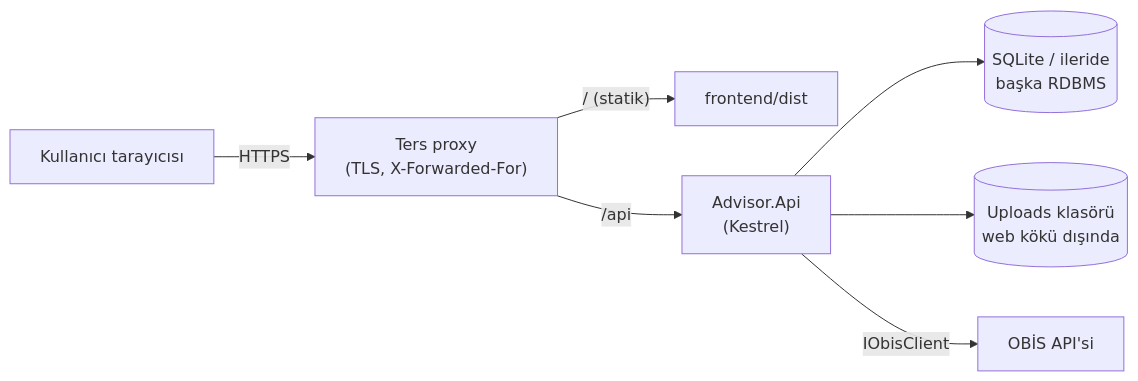
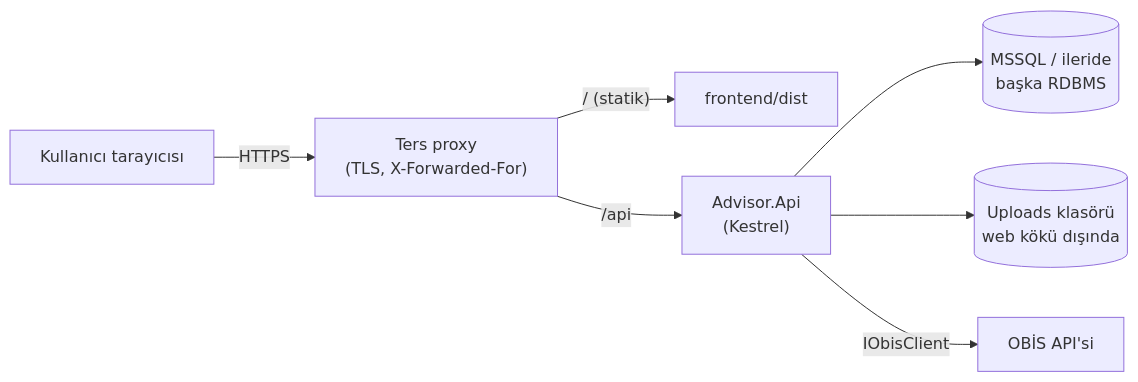
One commit to hmzbskn/ODBS changed the ninth of 9 diagrams in docs/ARCHITECTURE.md. Above: the diagram before and after it, drawn with Mermaid. The commit also changed other lines of this file and 65 other files, not shown here.

````diff
--- a/docs/ARCHITECTURE.md
+++ b/docs/ARCHITECTURE.md
@@ -422,9 +422,9 @@
 ```mermaid
 flowchart LR
     U["Kullanıcı tarayıcısı"] -- HTTPS --> P["Ters proxy<br/>(TLS, X-Forwarded-For)"]
     P -- "/ (statik)" --> S["frontend/dist"]
     P -- "/api" --> A["Advisor.Api<br/>(Kestrel)"]
-    A --> D[("SQLite / ileride<br/>başka RDBMS")]
+    A --> D[("MSSQL / ileride<br/>başka RDBMS")]
     A --> F[("Uploads klasörü<br/>web kökü dışında")]
     A -- "IObisClient" --> O["OBİS API'si"]
 ```
````
